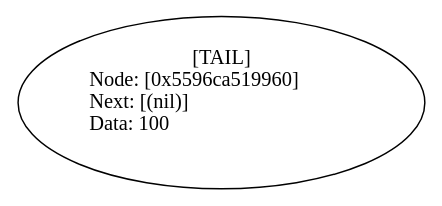
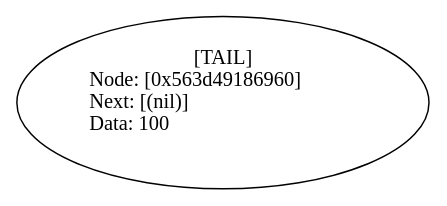
The diagram in Queue/Dot/queue_dump.gv (detininroman/MIPT-4sem), drawn with Graphviz before and after one commit. The commit also changed 3 other files, not shown here.

```diff
--- a/Queue/Dot/queue_dump.gv
+++ b/Queue/Dot/queue_dump.gv
@@ -1,4 +1,4 @@
 digraph graf {
-rankdir="LR";Node_0x5596ca519960 [label="[TAIL]
-Node: [0x5596ca519960]\lNext: [(nil)]\lData: 100\l "]
+rankdir="LR";Node_0x563d49186960 [label="[TAIL]
+Node: [0x563d49186960]\lNext: [(nil)]\lData: 100\l "]
 }
```
